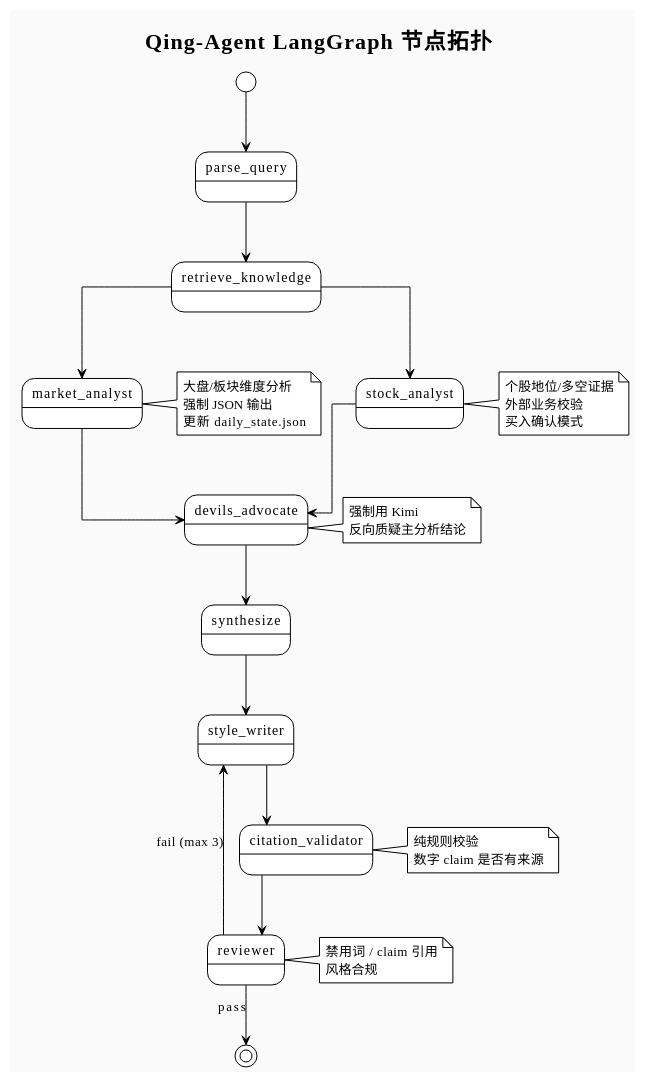
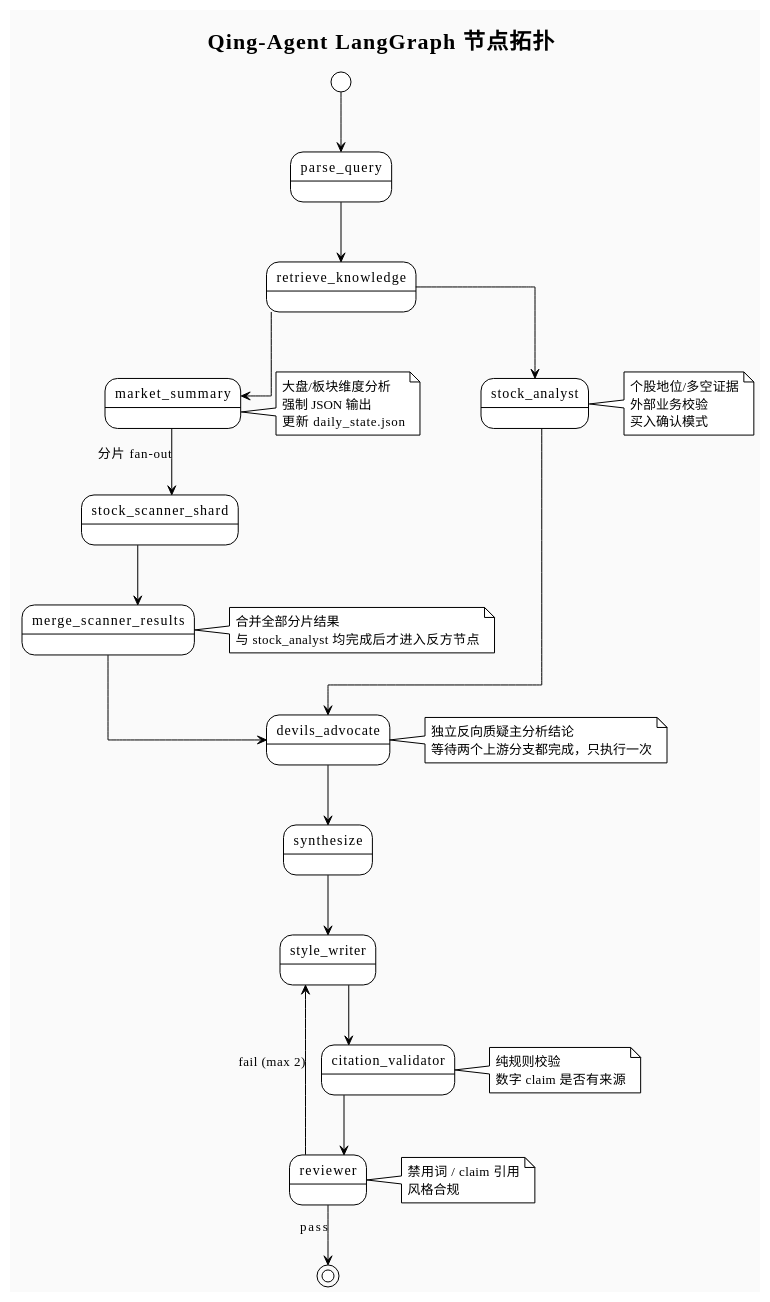
The sixth of 11 diagrams in src/qing_investment/ARCHITECTURE.md (zhoudirac-C/learning-investment-strategies), drawn with PlantUML before and after one commit. The commit also changed other lines of this file and 223 other files, not shown here.

````diff
--- a/src/qing_investment/ARCHITECTURE.md
+++ b/src/qing_investment/ARCHITECTURE.md
@@ -457,51 +457,58 @@
 ```plantuml
 @startuml
 !theme plain
 skinparam backgroundColor #FAFAFA
 skinparam componentStyle rectangle
 skinparam linetype ortho
 
 title Qing-Agent LangGraph 节点拓扑
 
 [*] --> parse_query
 parse_query --> retrieve_knowledge
-retrieve_knowledge --> market_analyst
+retrieve_knowledge --> market_summary
 retrieve_knowledge --> stock_analyst
-market_analyst --> devils_advocate
+market_summary --> stock_scanner_shard : 分片 fan-out
+stock_scanner_shard --> merge_scanner_results
+merge_scanner_results --> devils_advocate
 stock_analyst --> devils_advocate
 devils_advocate --> synthesize
 synthesize --> style_writer
 style_writer --> citation_validator
 citation_validator --> reviewer
 reviewer --> [*] : pass
-reviewer --> style_writer : fail (max 3)
+reviewer --> style_writer : fail (max 2)
 
-note right of market_analyst
+note right of market_summary
   大盘/板块维度分析
   强制 JSON 输出
   更新 daily_state.json
+end note
+
+note right of merge_scanner_results
+  合并全部分片结果
+  与 stock_analyst 均完成后才进入反方节点
 end note
 
 note right of stock_analyst
   个股地位/多空证据
   外部业务校验
   买入确认模式
 end note
 
 note right of devils_advocate
-  强制用 Kimi
-  反向质疑主分析结论
+  独立反向质疑主分析结论
+  等待两个上游分支都完成，只执行一次
 end note
 
 note right of citation_validator
   纯规则校验
   数字 claim 是否有来源
 end note
 
 note right of reviewer
   禁用词 / claim 引用
   风格合规
 end note
 
 @enduml
 ```
````
